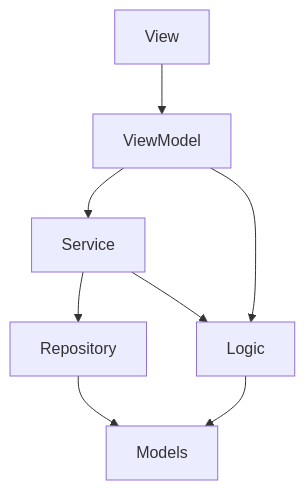
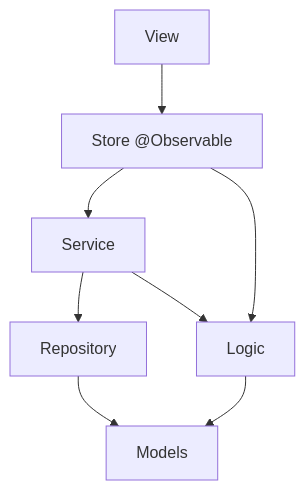
The first of 2 diagrams in doc/ADR/001-フォルダ構成とアーキテクチャの再設計.md (ryo211/kokokita), drawn with Mermaid before and after one commit. The commit also changed other lines of this file and 2 other files, not shown here.

````diff
--- a/doc/ADR/001-フォルダ構成とアーキテクチャの再設計.md
+++ b/doc/ADR/001-フォルダ構成とアーキテクチャの再設計.md
@@ -274,10 +451,10 @@
 ```mermaid
 graph TD
-    View[View] --> ViewModel[ViewModel]
-    ViewModel --> Service[Service]
-    ViewModel --> Logic[Logic]
+    View[View] --> Store[Store @Observable]
+    Store --> Service[Service]
+    Store --> Logic[Logic]
     Service --> Repository[Repository]
     Service --> Logic[Logic]
     Repository --> Models[Models]
     Logic --> Models[Models]
 ```
````
